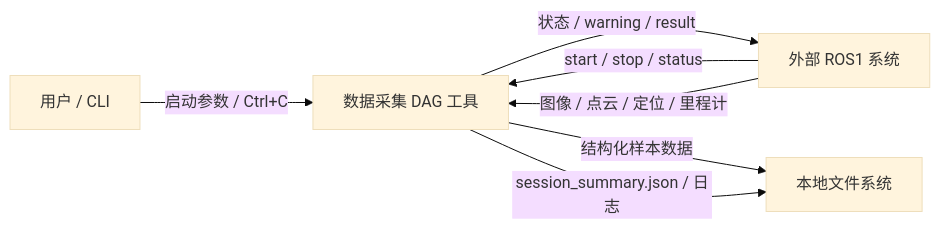
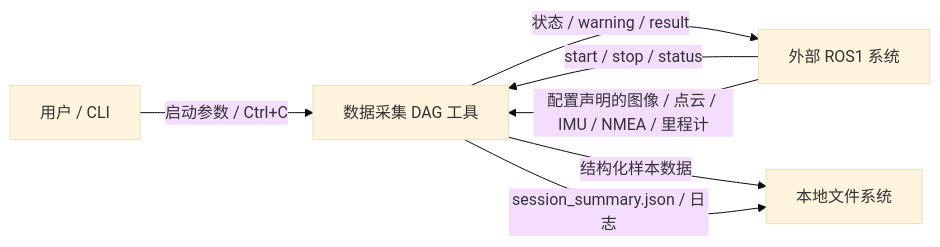
One commit to permanentchange/DataCollectDAG changed the first of 4 diagrams in docs/architecture.md. Above: the diagram before and after it, drawn with Mermaid (base theme). The commit also changed other lines of this file, not shown here.

Commit message:
docs: align architecture with real rosbag topics

````diff
--- a/docs/architecture.md
+++ b/docs/architecture.md
@@ -111,11 +113,11 @@
 ```mermaid
 flowchart LR
     User[用户 / CLI] -->|启动参数 / Ctrl+C| Tool[数据采集 DAG 工具]
 
     ROS[外部 ROS1 系统] -->|start / stop / status| Tool
-    ROS -->|图像 / 点云 / 定位 / 里程计| Tool
+    ROS -->|配置声明的图像 / 点云 / IMU / NMEA / 里程计| Tool
 
     Tool -->|状态 / warning / result| ROS
     Tool -->|结构化样本数据| FS[本地文件系统]
     Tool -->|session_summary.json / 日志| FS
 ```
````
